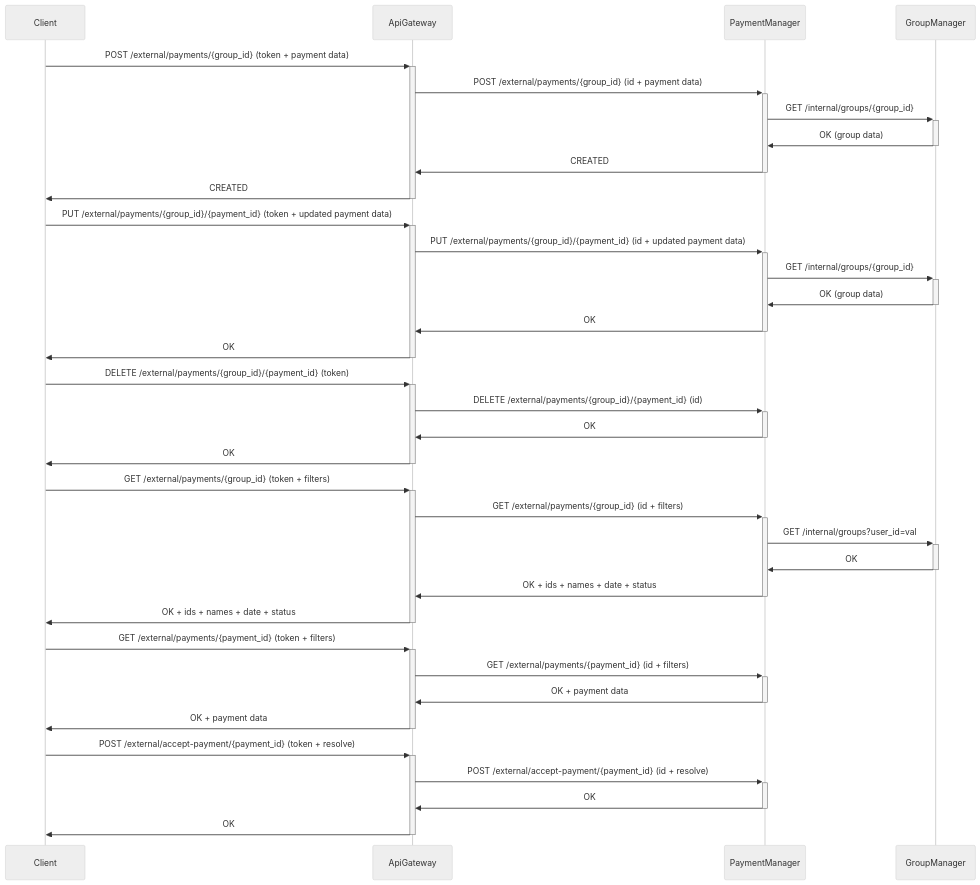
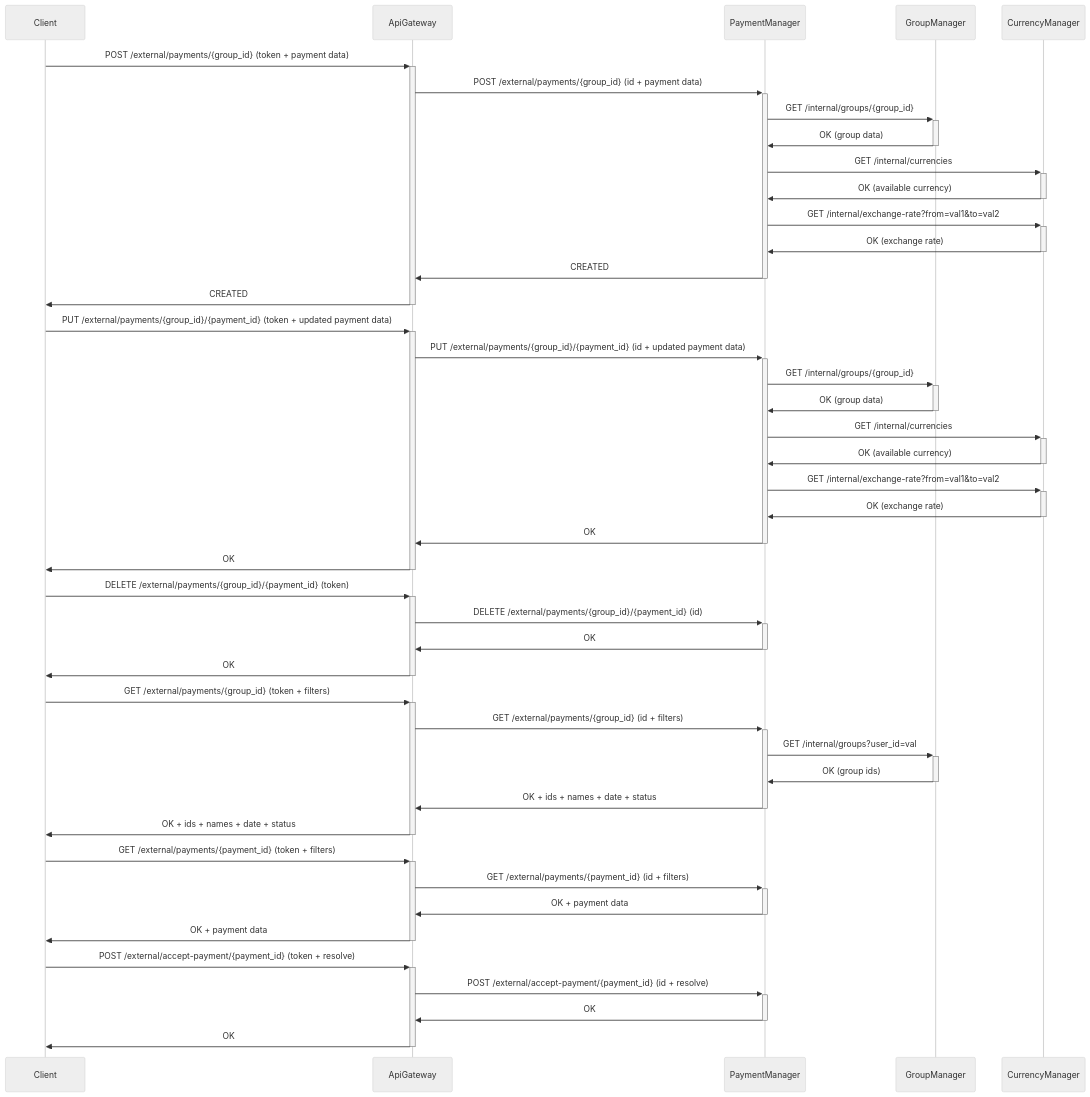
One commit to Group-Expense-Manager/gem-docs changed the sixth of 10 diagrams in docs/diagrams.md. Above: the diagram before and after it, drawn with Mermaid (neutral theme). The commit also changed other lines of this file and 1 other file, not shown here.

Commit message:
added Report Creator & Payment Manager & Currency Manager & Finance Adapter contract

````diff
--- a/docs/diagrams.md
+++ b/docs/diagrams.md
@@ -208,40 +216,48 @@
 ``` mermaid
 sequenceDiagram
 
 Client->>+ApiGateway: POST /external/payments/{group_id} (token + payment data)
 ApiGateway->>+PaymentManager: POST /external/payments/{group_id} (id + payment data)
 PaymentManager->>+GroupManager: GET /internal/groups/{group_id}
 GroupManager->>-PaymentManager: OK (group data)
+PaymentManager->>+CurrencyManager: GET /internal/currencies
+CurrencyManager->>-PaymentManager: OK (available currency)
+PaymentManager->>+CurrencyManager: GET /internal/exchange-rate?from=val1&to=val2
+CurrencyManager->>-PaymentManager: OK (exchange rate)
 PaymentManager->>-ApiGateway: CREATED
 ApiGateway->>-Client: CREATED
 
 Client->>+ApiGateway: PUT /external/payments/{group_id}/{payment_id} (token + updated payment data)
 ApiGateway->>+PaymentManager: PUT /external/payments/{group_id}/{payment_id} (id + updated payment data)
 PaymentManager->>+GroupManager: GET /internal/groups/{group_id}
 GroupManager->>-PaymentManager: OK (group data)
+PaymentManager->>+CurrencyManager: GET /internal/currencies
+CurrencyManager->>-PaymentManager: OK (available currency)
+PaymentManager->>+CurrencyManager: GET /internal/exchange-rate?from=val1&to=val2
+CurrencyManager->>-PaymentManager: OK (exchange rate)
 PaymentManager->>-ApiGateway: OK
 ApiGateway->>-Client: OK
 
 Client->>+ApiGateway: DELETE /external/payments/{group_id}/{payment_id} (token)
 ApiGateway->>+PaymentManager: DELETE /external/payments/{group_id}/{payment_id} (id)
 PaymentManager->>-ApiGateway: OK
 ApiGateway->>-Client: OK
 
 Client->>+ApiGateway: GET /external/payments/{group_id} (token + filters)
 ApiGateway->>+PaymentManager: GET /external/payments/{group_id} (id + filters)
 PaymentManager->>+GroupManager: GET /internal/groups?user_id=val
-GroupManager->>-PaymentManager: OK
+GroupManager->>-PaymentManager: OK (group ids)
 PaymentManager->>-ApiGateway: OK + ids + names + date + status
 ApiGateway->>-Client: OK + ids + names + date + status
 
 
 Client->>+ApiGateway: GET /external/payments/{payment_id} (token + filters)
 ApiGateway->>+PaymentManager: GET /external/payments/{payment_id} (id + filters)
 PaymentManager->>-ApiGateway: OK + payment data
 ApiGateway->>-Client: OK + payment data
 
 Client->>+ApiGateway: POST /external/accept-payment/{payment_id} (token + resolve)
 ApiGateway->>+PaymentManager: POST /external/accept-payment/{payment_id} (id + resolve)
 PaymentManager->>-ApiGateway: OK
 ApiGateway->>-Client: OK
 ```
````
